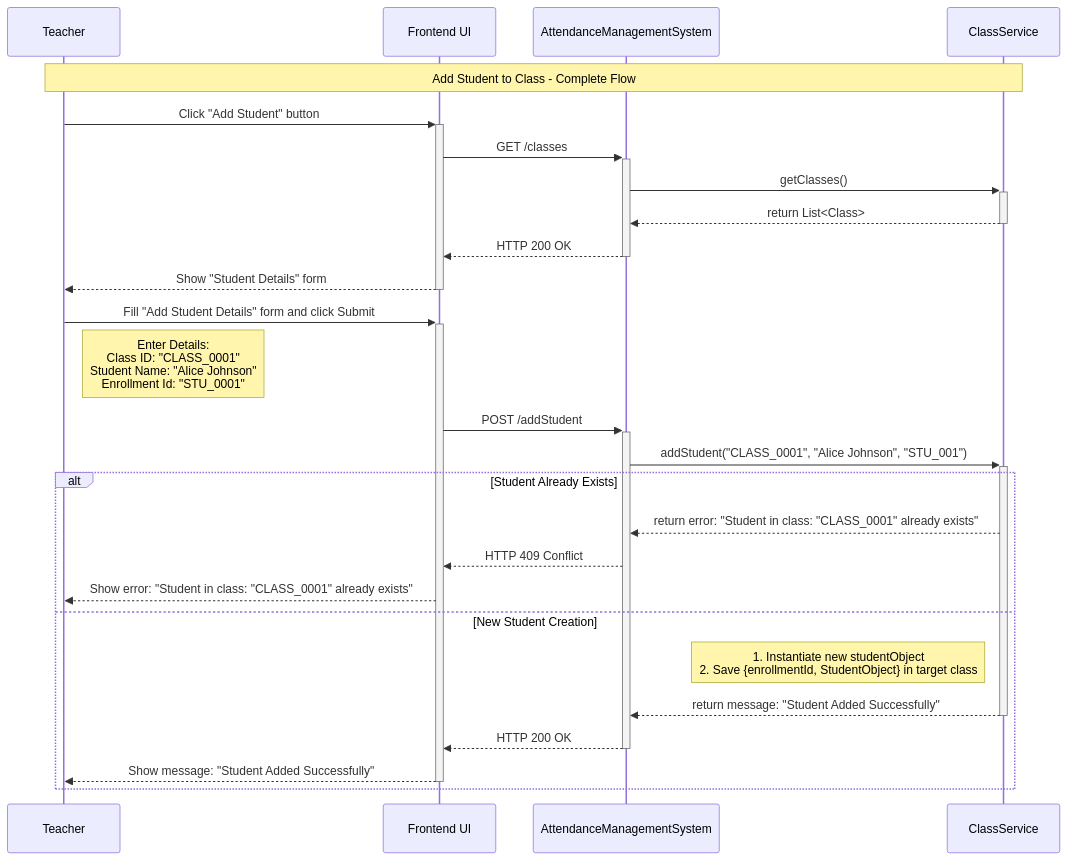
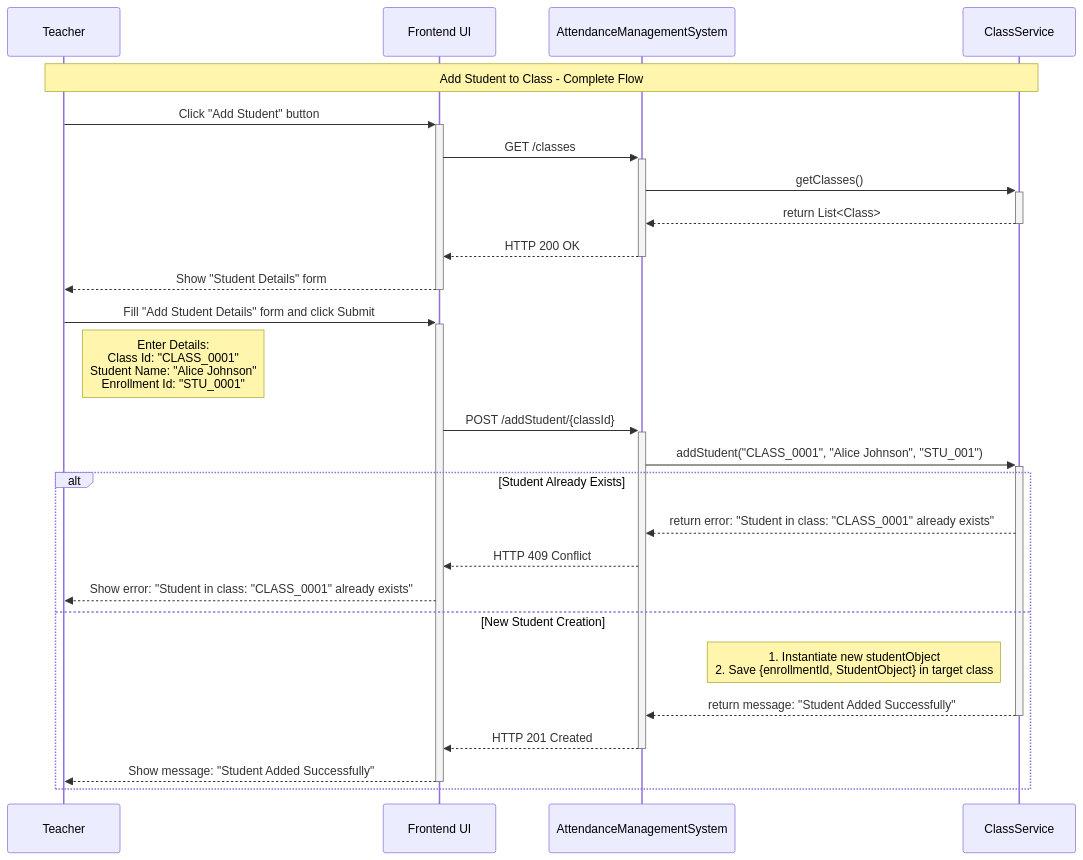
The second of 4 diagrams in Backend Engineering/Case Studies/Case Study 1. Attendance Management System/Documentation/2. Sequence Flow.md (NishchayAnand/software-engineering), drawn with Mermaid before and after one commit. The commit also changed other lines of this file and 7 other files, not shown here.

````diff
--- a/Backend Engineering/Case Studies/Case Study 1. Attendance Management System/Documentation/2. Sequence Flow.md
+++ b/Backend Engineering/Case Studies/Case Study 1. Attendance Management System/Documentation/2. Sequence Flow.md
@@ -81,34 +81,34 @@
 ```mermaid
 sequenceDiagram
 	participant T as Teacher
 	participant UI as Frontend UI
 	participant AMS as AttendanceManagementSystem
 	participant CS as ClassService
 
 	Note over T,CS: Add Student to Class - Complete Flow
 
 	%% Interaction 1: Click the "Add Student" Button
 	T->>+UI: Click "Add Student" button
 	UI->>+AMS: GET /classes
 	AMS->>+CS: getClasses()
 	CS-->>-AMS: return List<Class>
 	AMS-->>-UI: HTTP 200 OK
 	UI-->>-T: Show "Student Details" form
 
 	%% Interaction 2: Submit "Add Student Details" Form
 	T->>+UI: Fill "Add Student Details" form and click Submit
-	Note right of T: Enter Details: <br/> Class ID: "CLASS_0001"<br/>Student Name: "Alice Johnson" <br/>Enrollment Id: "STU_0001"
-	UI->>+AMS: POST /addStudent
+	Note right of T: Enter Details: <br/> Class Id: "CLASS_0001"<br/>Student Name: "Alice Johnson" <br/>Enrollment Id: "STU_0001"
+	UI->>+AMS: POST /addStudent/{classId}
 
 	AMS->>+CS: addStudent("CLASS_0001", "Alice Johnson", "STU_001")
 	alt Student Already Exists
 		CS-->>AMS: return error: "Student in class: "CLASS_0001" already exists"
 		AMS-->>UI: HTTP 409 Conflict
 		UI-->>T: Show error: "Student in class: "CLASS_0001" already exists"
 	else New Student Creation
 		Note left of CS: 1. Instantiate new studentObject <br/> 2. Save {enrollmentId, StudentObject} in target class
 		CS-->>-AMS: return message: "Student Added Successfully"
-		AMS-->>-UI: HTTP 200 OK
+		AMS-->>-UI: HTTP 201 Created
 		UI-->>-T: Show message: "Student Added Successfully"
 	end
 ```
````
